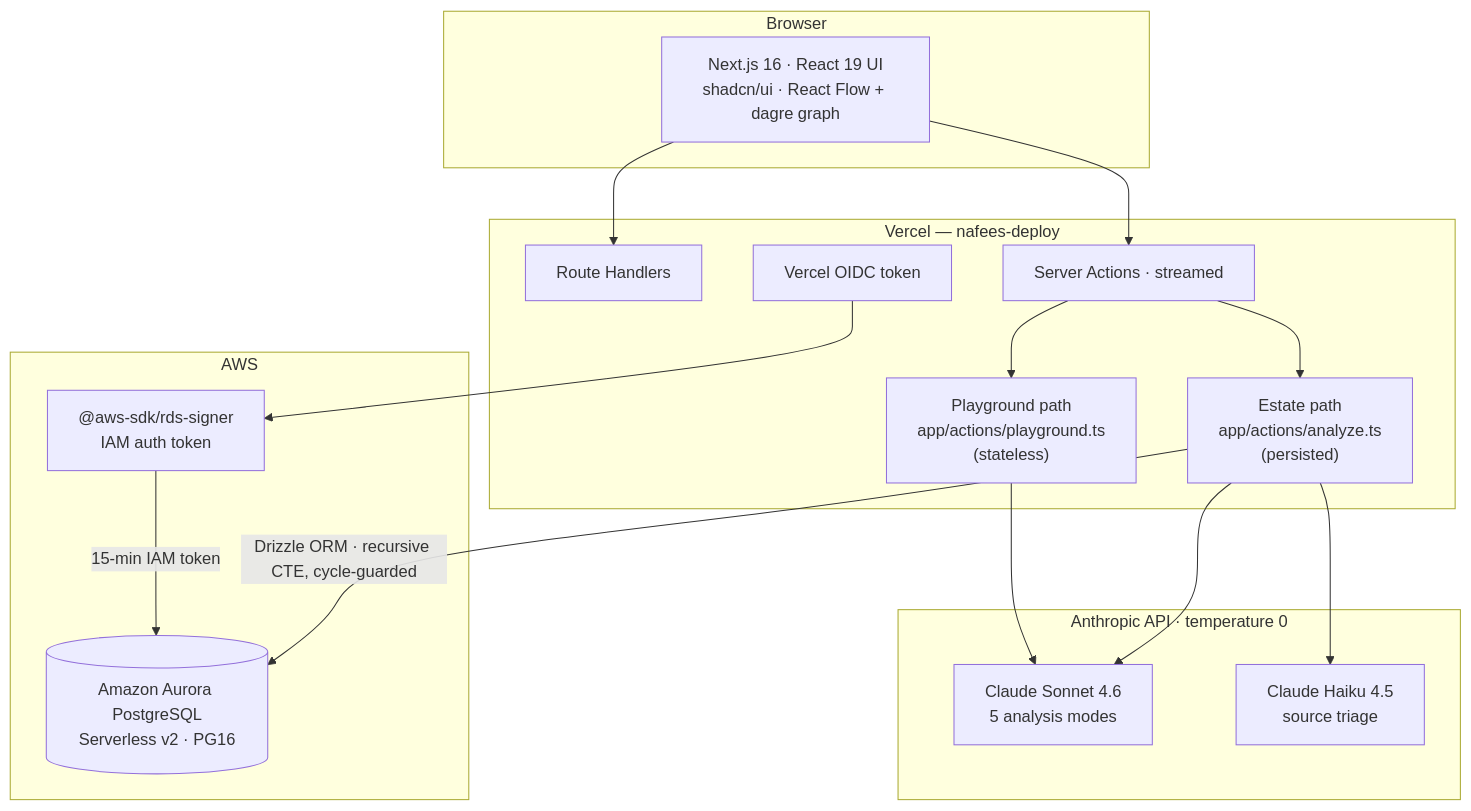
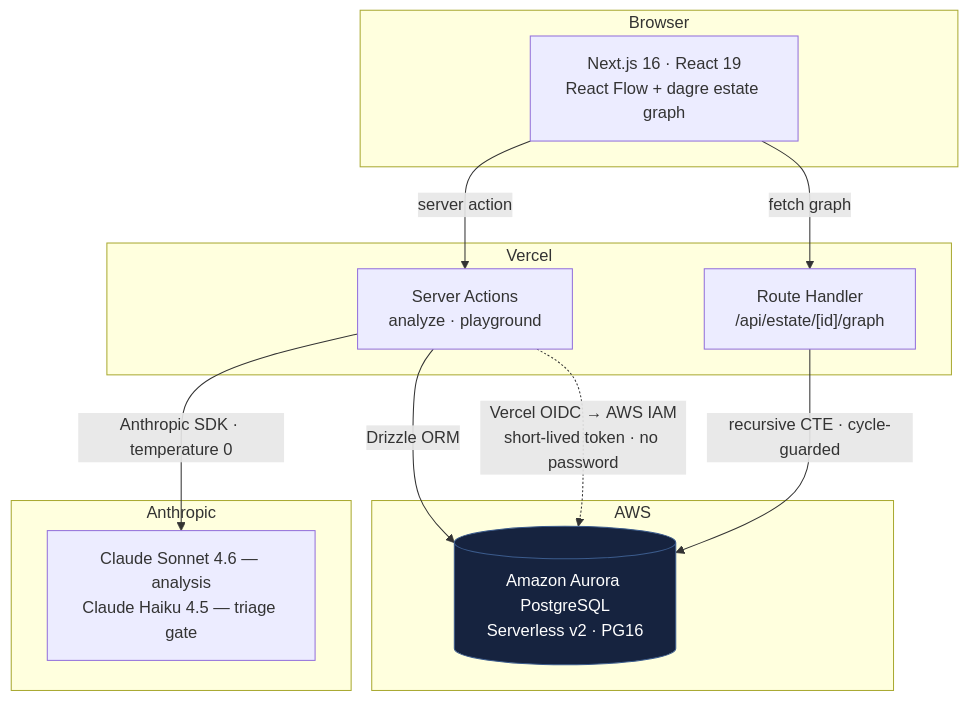
Before and after one commit to Nafsgerman/cobol-estate-modernizer: the diagram in README.md, drawn with Mermaid. The commit also changed other lines of this file, not shown here.

````diff
--- a/README.md
+++ b/README.md
@@ -47,35 +44,29 @@
 ```mermaid
 flowchart TB
     subgraph client["Browser"]
-        ui["Next.js 16 · React 19 UI<br/>shadcn/ui · React Flow + dagre graph"]
+        UI["Next.js 16 · React 19<br/>React Flow + dagre estate graph"]
     end
 
-    subgraph vercel["Vercel — nafees-deploy"]
-        rh["Route Handlers"]
-        sa["Server Actions · streamed"]
-        estate["Estate path<br/>app/actions/analyze.ts<br/>(persisted)"]
-        play["Playground path<br/>app/actions/playground.ts<br/>(stateless)"]
-        oidc["Vercel OIDC token"]
+    subgraph vercel["Vercel"]
+        SA["Server Actions<br/>analyze · playground"]
+        RH["Route Handler<br/>/api/estate/[id]/graph"]
     end
 
-    subgraph anthropic["Anthropic API · temperature 0"]
-        sonnet["Claude Sonnet 4.6<br/>5 analysis modes"]
-        haiku["Claude Haiku 4.5<br/>source triage"]
+    subgraph anthropic["Anthropic"]
+        CL["Claude Sonnet 4.6 — analysis<br/>Claude Haiku 4.5 — triage gate"]
     end
 
     subgraph aws["AWS"]
-        signer["@aws-sdk/rds-signer<br/>IAM auth token"]
-        aurora[("Amazon Aurora PostgreSQL<br/>Serverless v2 · PG16")]
+        DB[("Amazon Aurora PostgreSQL<br/>Serverless v2 · PG16")]
     end
 
-    ui --> rh
-    ui --> sa
-    sa --> estate
-    sa --> play
-    estate --> haiku
-    estate --> sonnet
-    play --> sonnet
-    estate -->|"Drizzle ORM · recursive CTE, cycle-guarded"| aurora
-    oidc --> signer
-    signer -->|"15-min IAM token"| aurora
+    UI -->|server action| SA
+    UI -->|fetch graph| RH
+    SA -->|Anthropic SDK · temperature 0| CL
+    SA -->|Drizzle ORM| DB
+    RH -->|recursive CTE · cycle-guarded| DB
+    SA -.->|Vercel OIDC → AWS IAM<br/>short-lived token · no password| DB
+
+    classDef store fill:#16233f,stroke:#3b5b8c,color:#ffffff
+    class DB store
 ```
````
